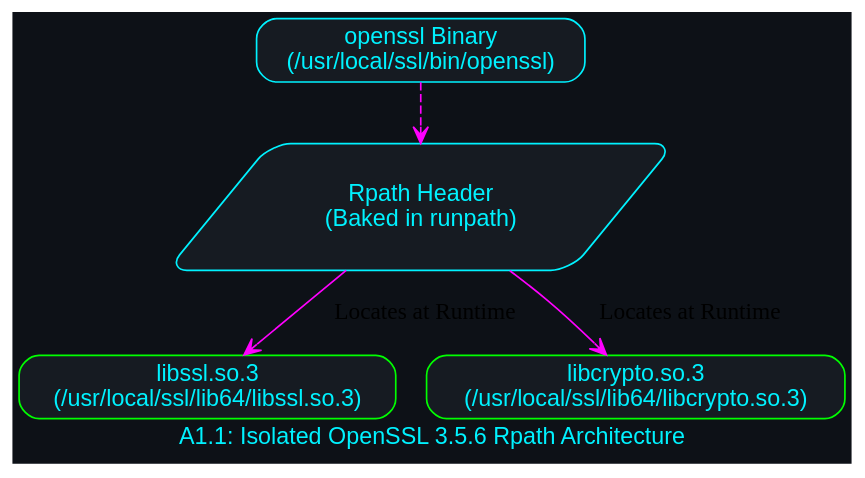
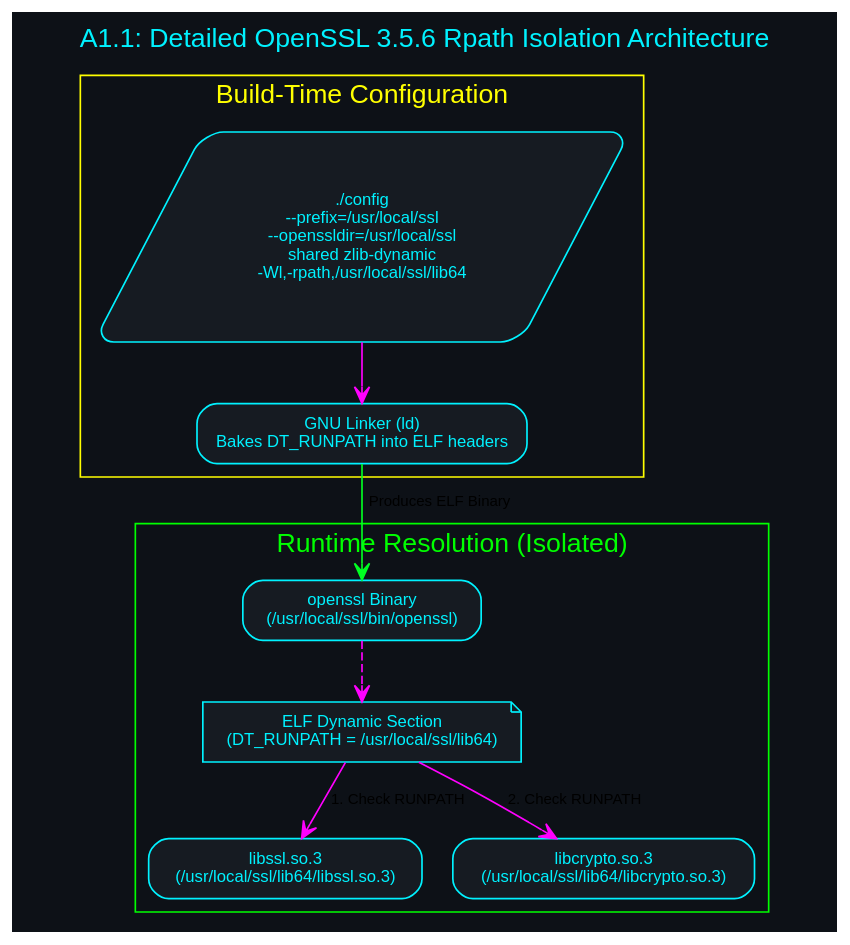
The diagram in diagrams/compilations/arch_openssl_rpath.dot (danindiana/hybrid-framework), drawn with Graphviz before and after one commit. The commit also changed 74 other files, not shown here.

Commit message:
docs: expand compilation diagrams to include detailed subgraphs and annotations

```diff
--- a/diagrams/compilations/arch_openssl_rpath.dot
+++ b/diagrams/compilations/arch_openssl_rpath.dot
@@ -1,14 +1,33 @@
 digraph ArchOpenSSL {
-        graph [bgcolor="#0d1117", fontname="Helvetica", fontcolor="#00f2ff", label="A1.1: Isolated OpenSSL 3.5.6 Rpath Architecture"];
-        node [shape=box, style="filled,rounded", color="#00f2ff", fontcolor="#00f2ff", fillcolor="#161b22", fontname="Helvetica"];
-        edge [color="#ff00ff", arrowhead=vee];
+        graph [bgcolor="#0d1117", fontname="Helvetica", fontcolor="#00f2ff", label="A1.1: Detailed OpenSSL 3.5.6 Rpath Isolation Architecture", labelloc="t", fontsize=16];
+        node [shape=box, style="filled,rounded", color="#00f2ff", fontcolor="#00f2ff", fillcolor="#161b22", fontname="Helvetica", fontsize=10];
+        edge [color="#ff00ff", arrowhead=vee, fontname="Helvetica", fontsize=9];
 
-        OpenSSL_Binary [label="openssl Binary\n(/usr/local/ssl/bin/openssl)"];
-        Rpath_Config [label="Rpath Header\n(Baked in runpath)", shape=parallelogram];
-        LibSSL [label="libssl.so.3\n(/usr/local/ssl/lib64/libssl.so.3)", color="#00ff00"];
-        LibCrypto [label="libcrypto.so.3\n(/usr/local/ssl/lib64/libcrypto.so.3)", color="#00ff00"];
+        subgraph cluster_buildtime {
+            label = "Build-Time Configuration";
+            color = "#ffff00";
+            fontcolor = "#ffff00";
+            fillcolor = "#000000";
+            
+            Config_Flags [label="./config\n--prefix=/usr/local/ssl\n--openssldir=/usr/local/ssl\nshared zlib-dynamic\n-Wl,-rpath,/usr/local/ssl/lib64", shape=parallelogram];
+            GCC_Linker [label="GNU Linker (ld)\nBakes DT_RUNPATH into ELF headers"];
+            Config_Flags -> GCC_Linker;
+        }
 
-        OpenSSL_Binary -> Rpath_Config [style=dashed];
-        Rpath_Config -> LibSSL [label="Locates at Runtime"];
-        Rpath_Config -> LibCrypto [label="Locates at Runtime"];
+        subgraph cluster_runtime {
+            label = "Runtime Resolution (Isolated)";
+            color = "#00ff00";
+            fontcolor = "#00ff00";
+            
+            OpenSSL_Binary [label="openssl Binary\n(/usr/local/ssl/bin/openssl)"];
+            ELF_Header [label="ELF Dynamic Section\n(DT_RUNPATH = /usr/local/ssl/lib64)", shape=note];
+            LibSSL [label="libssl.so.3\n(/usr/local/ssl/lib64/libssl.so.3)"];
+            LibCrypto [label="libcrypto.so.3\n(/usr/local/ssl/lib64/libcrypto.so.3)"];
+            
+            OpenSSL_Binary -> ELF_Header [style=dashed];
+            ELF_Header -> LibSSL [label="1. Check RUNPATH"];
+            ELF_Header -> LibCrypto [label="2. Check RUNPATH"];
+        }
+        
+        GCC_Linker -> OpenSSL_Binary [label="Produces ELF Binary", color="#00ff22"];
     }
```
